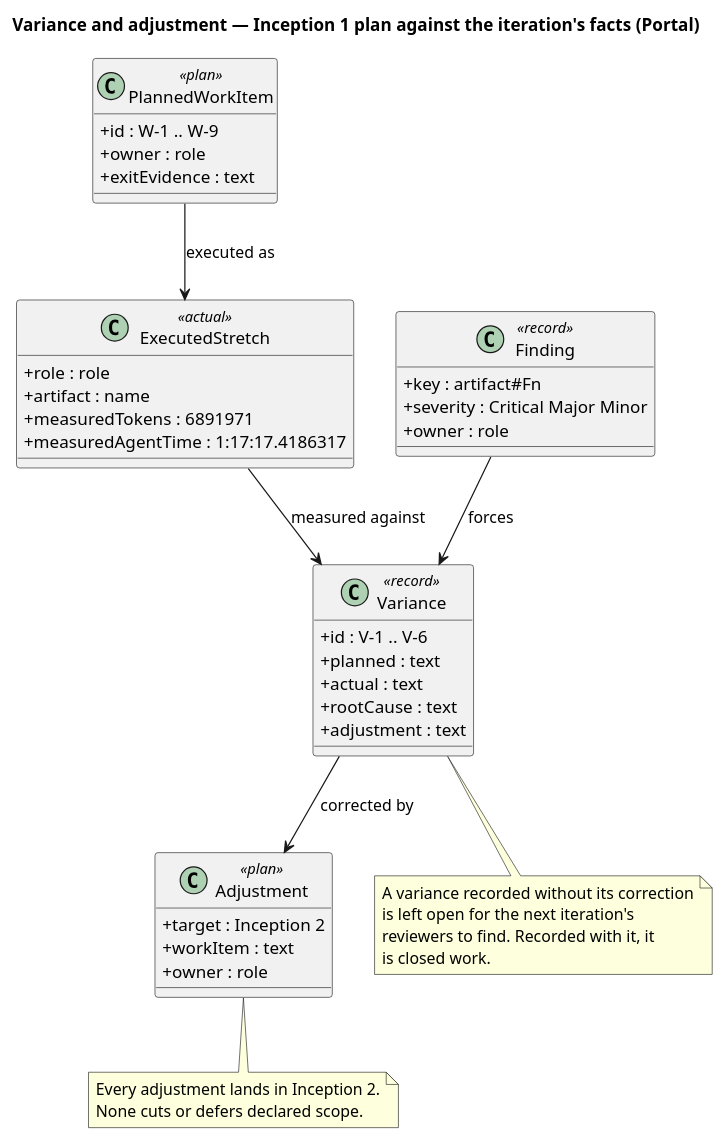
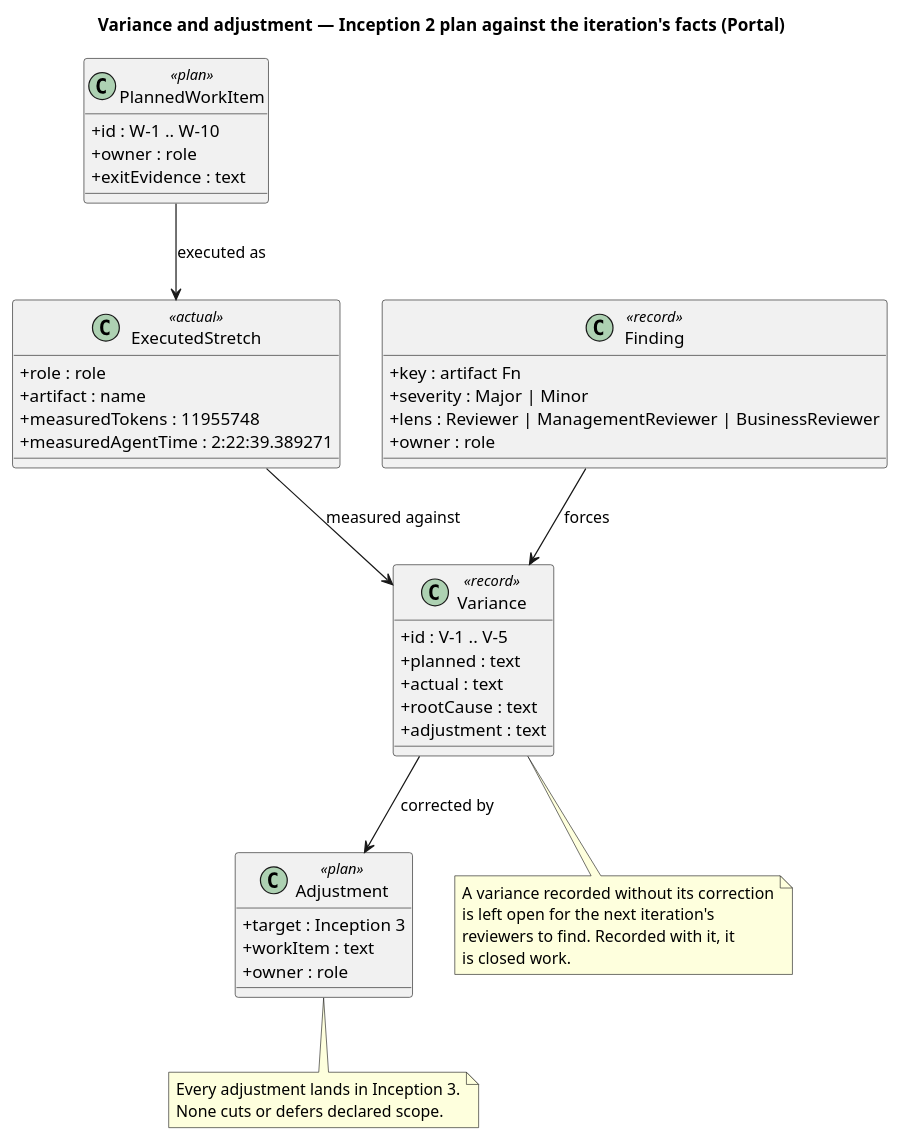
Before and after one commit to banense-test/portal: the third of 3 diagrams in docs/artifacts/project-management/iteration-assessment.md, drawn with PlantUML. The commit also changed other lines of this file, not shown here.

First line of the commit message:
Project Manager [I2]: upsert Iteration Assessment

````diff
--- a/docs/artifacts/project-management/iteration-assessment.md
+++ b/docs/artifacts/project-management/iteration-assessment.md
@@ -156,57 +145,58 @@
 ```plantuml
 @startuml
-title Variance and adjustment — Inception 1 plan against the iteration's facts (Portal)
+title Variance and adjustment — Inception 2 plan against the iteration's facts (Portal)
 
 skinparam classAttributeIconSize 0
 
 class "PlannedWorkItem" as PWI <<plan>> {
-  + id : W-1 .. W-9
+  + id : W-1 .. W-10
   + owner : role
   + exitEvidence : text
 }
 
 class "ExecutedStretch" as EXE <<actual>> {
   + role : role
   + artifact : name
-  + measuredTokens : 6891971
-  + measuredAgentTime : 1:17:17.4186317
+  + measuredTokens : 11955748
+  + measuredAgentTime : 2:22:39.389271
 }
 
 class "Variance" as VAR <<record>> {
-  + id : V-1 .. V-6
+  + id : V-1 .. V-5
   + planned : text
   + actual : text
   + rootCause : text
   + adjustment : text
 }
 
 class "Finding" as FND <<record>> {
-  + key : artifact#Fn
-  + severity : Critical Major Minor
+  + key : artifact Fn
+  + severity : Major | Minor
+  + lens : Reviewer | ManagementReviewer | BusinessReviewer
   + owner : role
 }
 
 class "Adjustment" as ADJ <<plan>> {
-  + target : Inception 2
+  + target : Inception 3
   + workItem : text
   + owner : role
 }
 
 PWI --> EXE : executed as
 EXE --> VAR : measured against
 FND --> VAR : forces
 VAR --> ADJ : corrected by
 
 note bottom of VAR
   A variance recorded without its correction
   is left open for the next iteration's
   reviewers to find. Recorded with it, it
   is closed work.
 end note
 
 note bottom of ADJ
-  Every adjustment lands in Inception 2.
+  Every adjustment lands in Inception 3.
   None cuts or defers declared scope.
 end note
 @enduml
 ```
````
